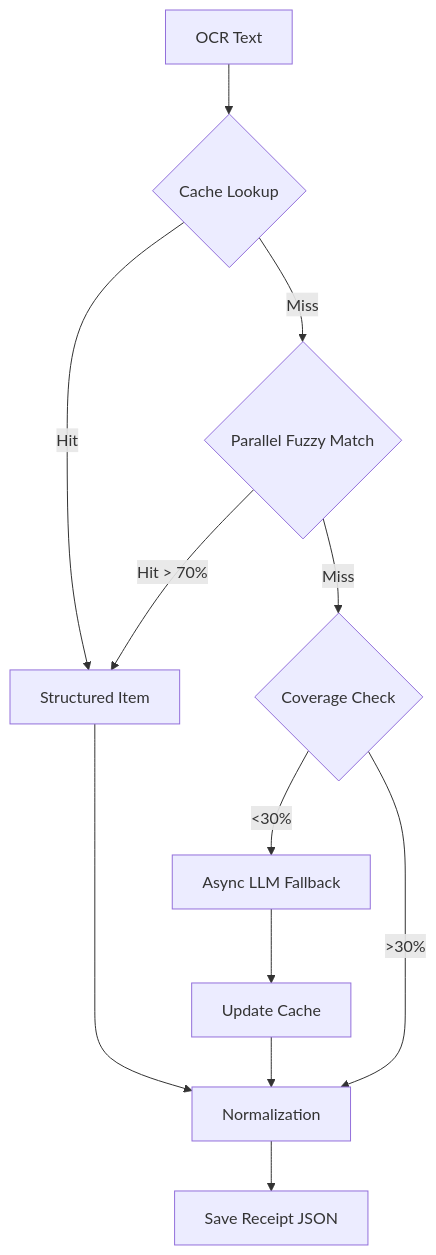
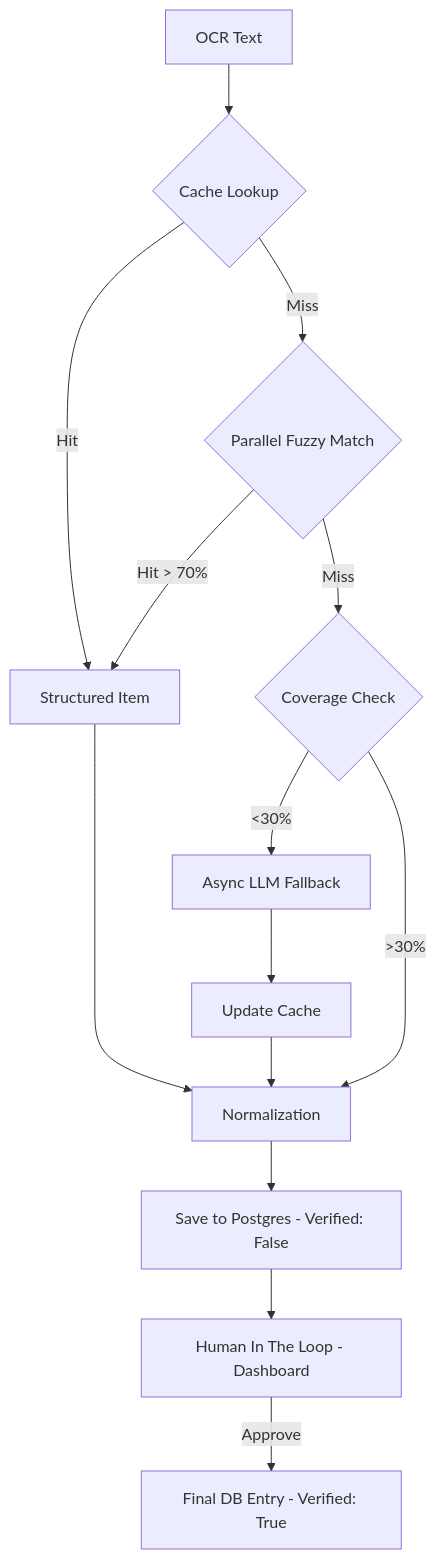
One commit to codemarcinu/2brain changed the diagram in agent-08-finance.md. Above: the diagram before and after it, drawn with Mermaid. The commit also changed other lines of this file and 4 other files, not shown here.

````diff
--- a/agent-08-finance.md
+++ b/agent-08-finance.md
@@ -23,14 +23,16 @@
 ```mermaid
 graph TD
     A[OCR Text] --> B{Cache Lookup}
     B -- Hit --> C[Structured Item]
     B -- Miss --> D{Parallel Fuzzy Match}
     D -- Hit > 70% --> C
     D -- Miss --> E{Coverage Check}
     E -- <30% --> F[Async LLM Fallback]
     E -- >30% --> G[Normalization]
     F --> H[Update Cache]
     H --> G
     C --> G
-    G --> I[Save Receipt JSON]
+    G --> I[Save to Postgres - Verified: False]
+    I --> J[Human In The Loop - Dashboard]
+    J -- Approve --> K[Final DB Entry - Verified: True]
 ```
````
